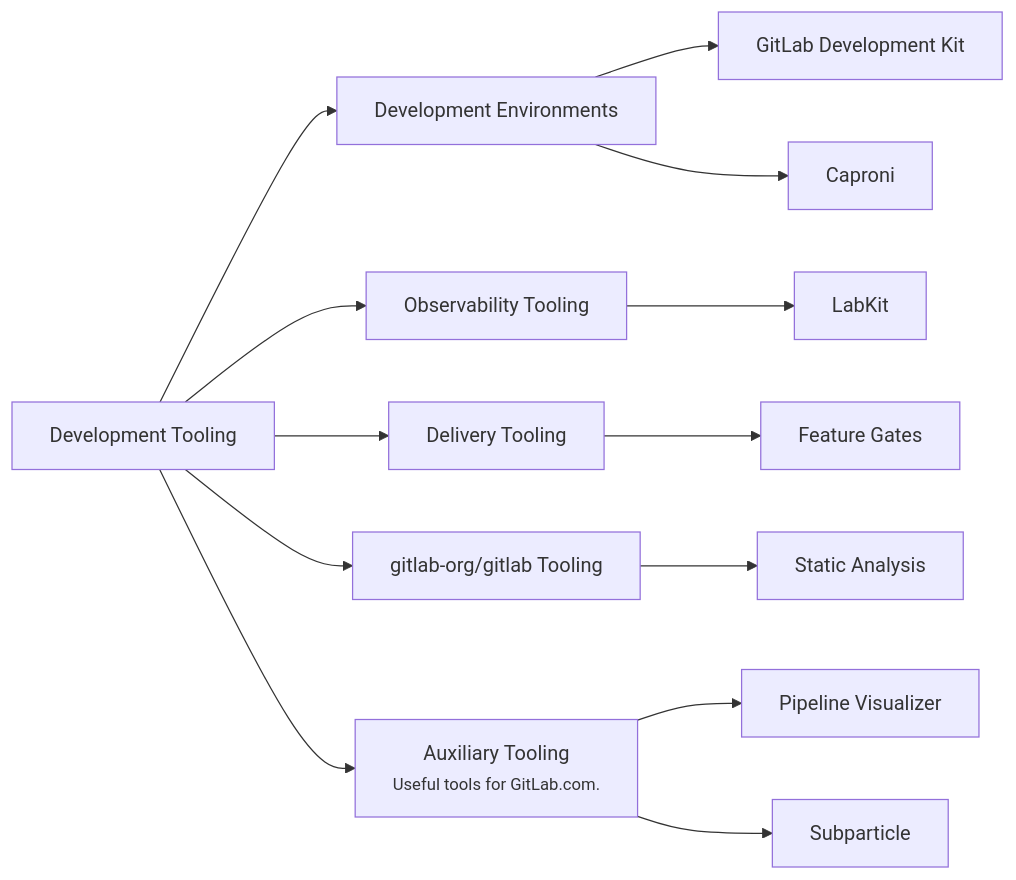
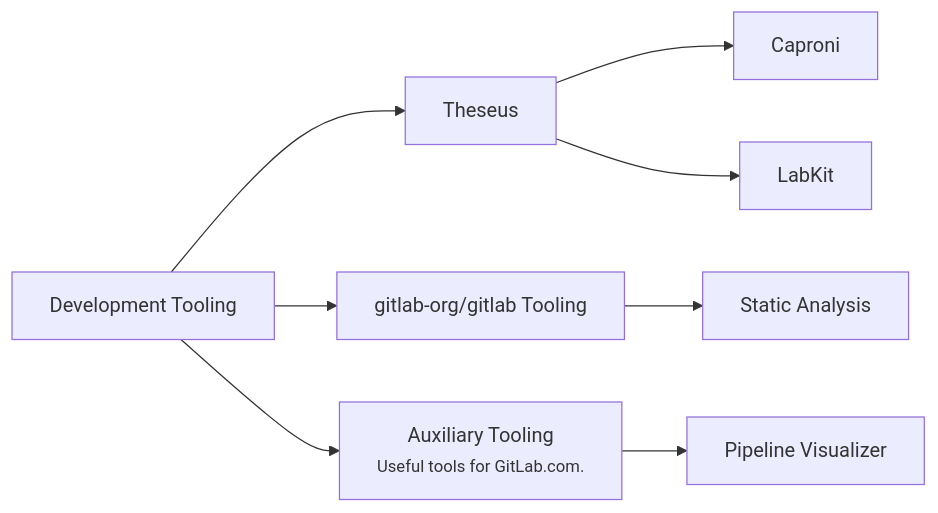
Before and after one commit to kyama0/gitlab-handbook-ja: the diagram in content/handbook/engineering/infrastructure-platforms/developer-experience/development-tooling/_index.md, drawn with Mermaid. The commit also changed other lines of this file and 51 other files, not shown here.

````diff
--- a/content/handbook/engineering/infrastructure-platforms/developer-experience/development-tooling/_index.md
+++ b/content/handbook/engineering/infrastructure-platforms/developer-experience/development-tooling/_index.md
@@ -24,25 +29,17 @@
 ```mermaid
 flowchart LR
-    DT[Development Tooling] --> DevEnv[Development Environments]
-    DevEnv --> GDK[GitLab Development Kit]
-    click GDK "https://gitlab.com/gitlab-org/gitlab-development-kit"
-    DevEnv --> Caproni[Caproni]
+    DT[Development Tooling] --> Theseus[Theseus]
+    click Theseus "https://theseus.gitlab.net/"
+    Theseus --> Caproni[Caproni]
     click Caproni "https://gitlab.com/gitlab-org/caproni"
-
-    DT --> ObservabilityTooling[Observability Tooling]
-    ObservabilityTooling --> labkit[LabKit]
+    Theseus --> labkit[LabKit]
     click labkit "https://handbook.gitlab.com/handbook/engineering/infrastructure-platforms/developer-experience/labkit/"
-    
-    DT --> DeliveryTooling[Delivery Tooling]
-    DeliveryTooling --> featuregates[Feature Gates]
 
     DT --> CanonicalTooling[gitlab-org/gitlab Tooling]
     CanonicalTooling --> StaticAnalysis[Static Analysis]
 
     DT --> AuxTooling[Auxiliary Tooling<br><small>Useful tools for GitLab.com.</small>]
     AuxTooling --> civiz[Pipeline Visualizer]
-    AuxTooling --> subparticle[Subparticle]
 
     click civiz "https://gitlab.com/gitlab-org/quality/engineering-productivity/pipeline-visualizer"
-    click subparticle "https://gitlab.com/gitlab-org/quality/engineering-productivity/subparticle"
 ```
````
